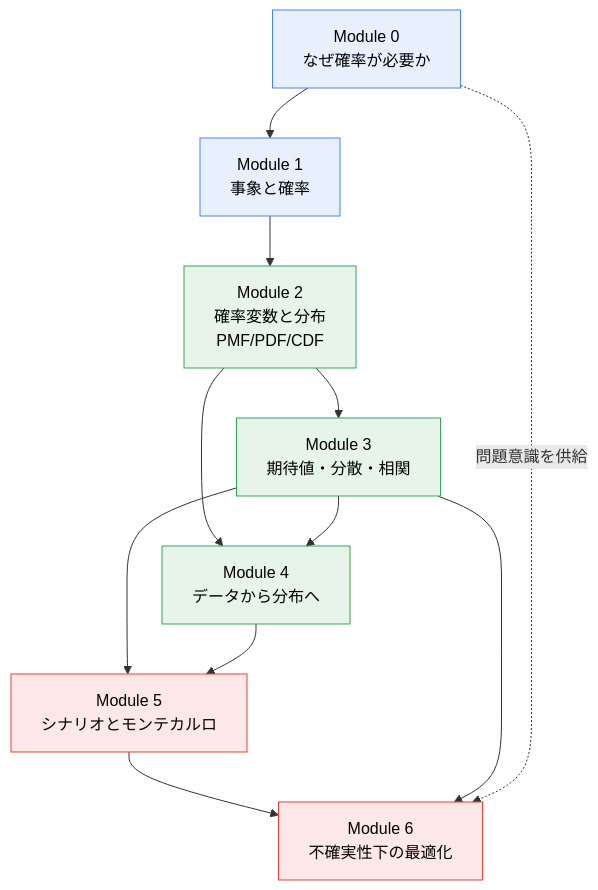
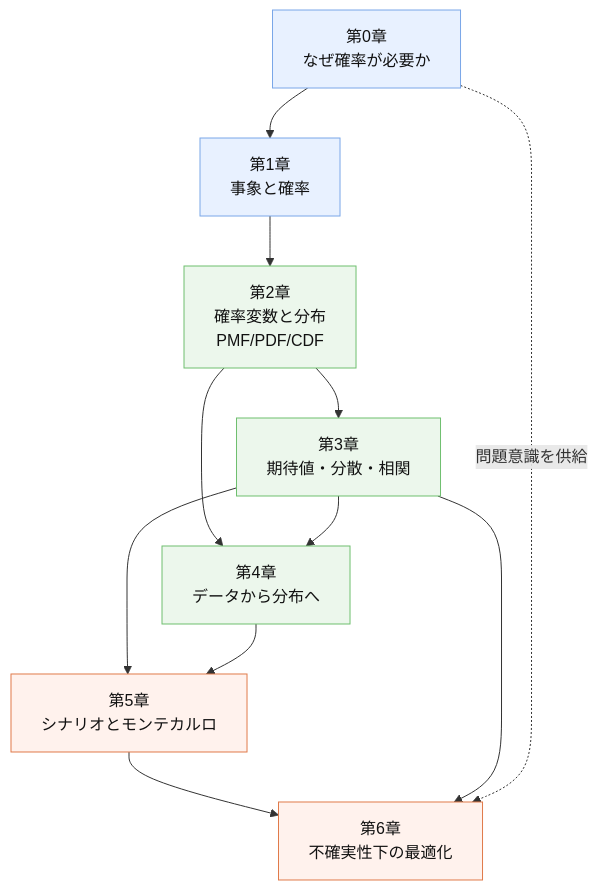
One commit to lutelute/lec_prob changed the first of 4 diagrams in roadmap/learning_map.md. Above: the diagram before and after it, drawn with Mermaid. The commit also changed other lines of this file and 59 other files, not shown here.

````diff
--- a/roadmap/learning_map.md
+++ b/roadmap/learning_map.md
@@ -16,29 +16,29 @@
 ```mermaid
 graph TD
-    M0["Module 0<br/>なぜ確率が必要か"]
-    M1["Module 1<br/>事象と確率"]
-    M2["Module 2<br/>確率変数と分布<br/>PMF/PDF/CDF"]
-    M3["Module 3<br/>期待値・分散・相関"]
-    M4["Module 4<br/>データから分布へ"]
-    M5["Module 5<br/>シナリオとモンテカルロ"]
-    M6["Module 6<br/>不確実性下の最適化"]
+    M0["第0章<br/>なぜ確率が必要か"]
+    M1["第1章<br/>事象と確率"]
+    M2["第2章<br/>確率変数と分布<br/>PMF/PDF/CDF"]
+    M3["第3章<br/>期待値・分散・相関"]
+    M4["第4章<br/>データから分布へ"]
+    M5["第5章<br/>シナリオとモンテカルロ"]
+    M6["第6章<br/>不確実性下の最適化"]
 
     M0 --> M1
     M1 --> M2
     M2 --> M3
     M2 --> M4
     M3 --> M4
     M3 --> M5
     M4 --> M5
     M5 --> M6
     M3 --> M6
 
     M0 -. "問題意識を供給" .-> M6
 
-    classDef found fill:#e8f0fe,stroke:#4285f4,color:#000;
-    classDef core fill:#e6f4ea,stroke:#34a853,color:#000;
-    classDef apply fill:#fce8e6,stroke:#ea4335,color:#000;
+    classDef found fill:#e8f1ff,stroke:#7aa7e8,color:#111;
+    classDef core fill:#ecf7ec,stroke:#6fbf6f,color:#111;
+    classDef apply fill:#fff2ed,stroke:#e07a4a,color:#111;
     class M0,M1 found;
     class M2,M3,M4 core;
     class M5,M6 apply;
 ```
````
